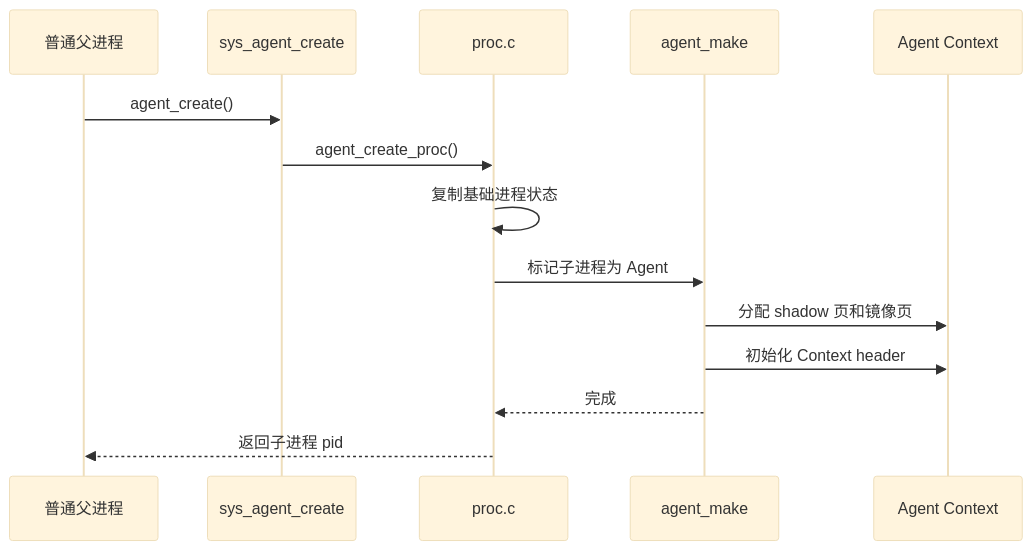
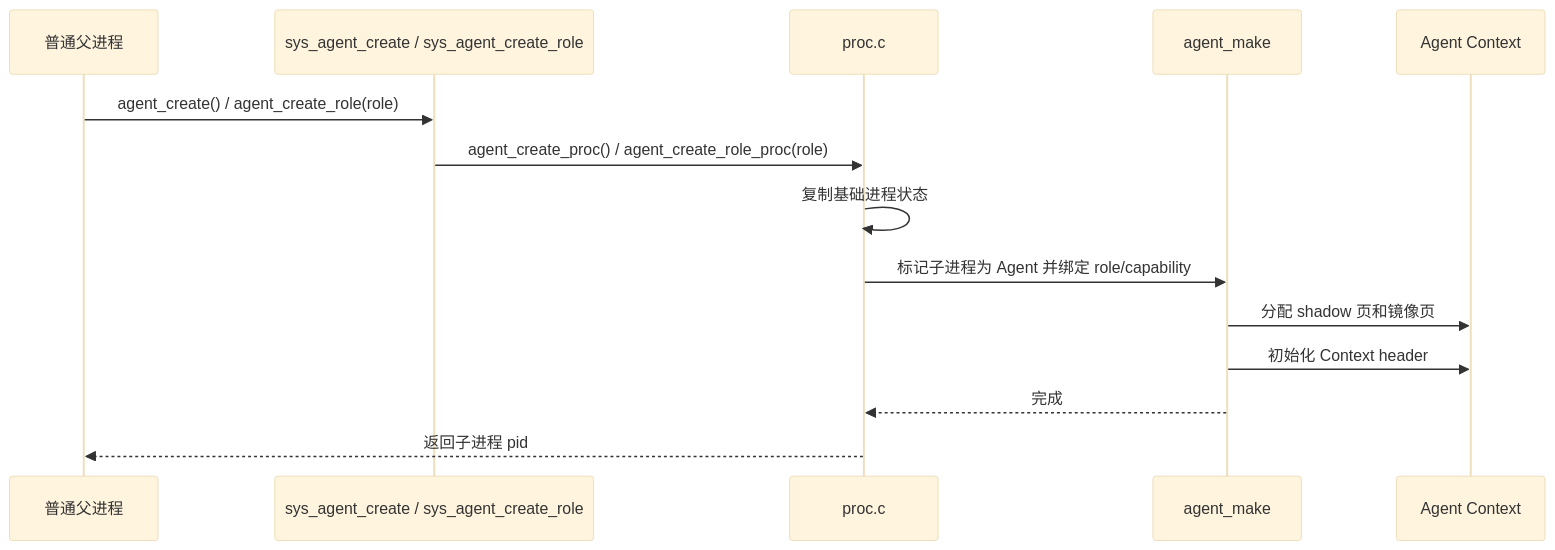
One commit to yushugulao/Agent-OS changed the diagram in docs/task1-agent-process.md. Above: the diagram before and after it, drawn with Mermaid (base theme). The commit also changed other lines of this file and 29 other files, not shown here.

Commit message:
Fix uCore agent role permission boundaries

````diff
--- a/docs/task1-agent-process.md
+++ b/docs/task1-agent-process.md
@@ -83,16 +85,16 @@
 ```mermaid
 sequenceDiagram
     participant P as 普通父进程
-    participant S as sys_agent_create
+    participant S as sys_agent_create / sys_agent_create_role
     participant K as proc.c
     participant A as agent_make
     participant C as Agent Context
-    P->>S: agent_create()
-    S->>K: agent_create_proc()
+    P->>S: agent_create() / agent_create_role(role)
+    S->>K: agent_create_proc() / agent_create_role_proc(role)
     K->>K: 复制基础进程状态
-    K->>A: 标记子进程为 Agent
+    K->>A: 标记子进程为 Agent 并绑定 role/capability
     A->>C: 分配 shadow 页和镜像页
     A->>C: 初始化 Context header
     A-->>K: 完成
     K-->>P: 返回子进程 pid
 ```
````
